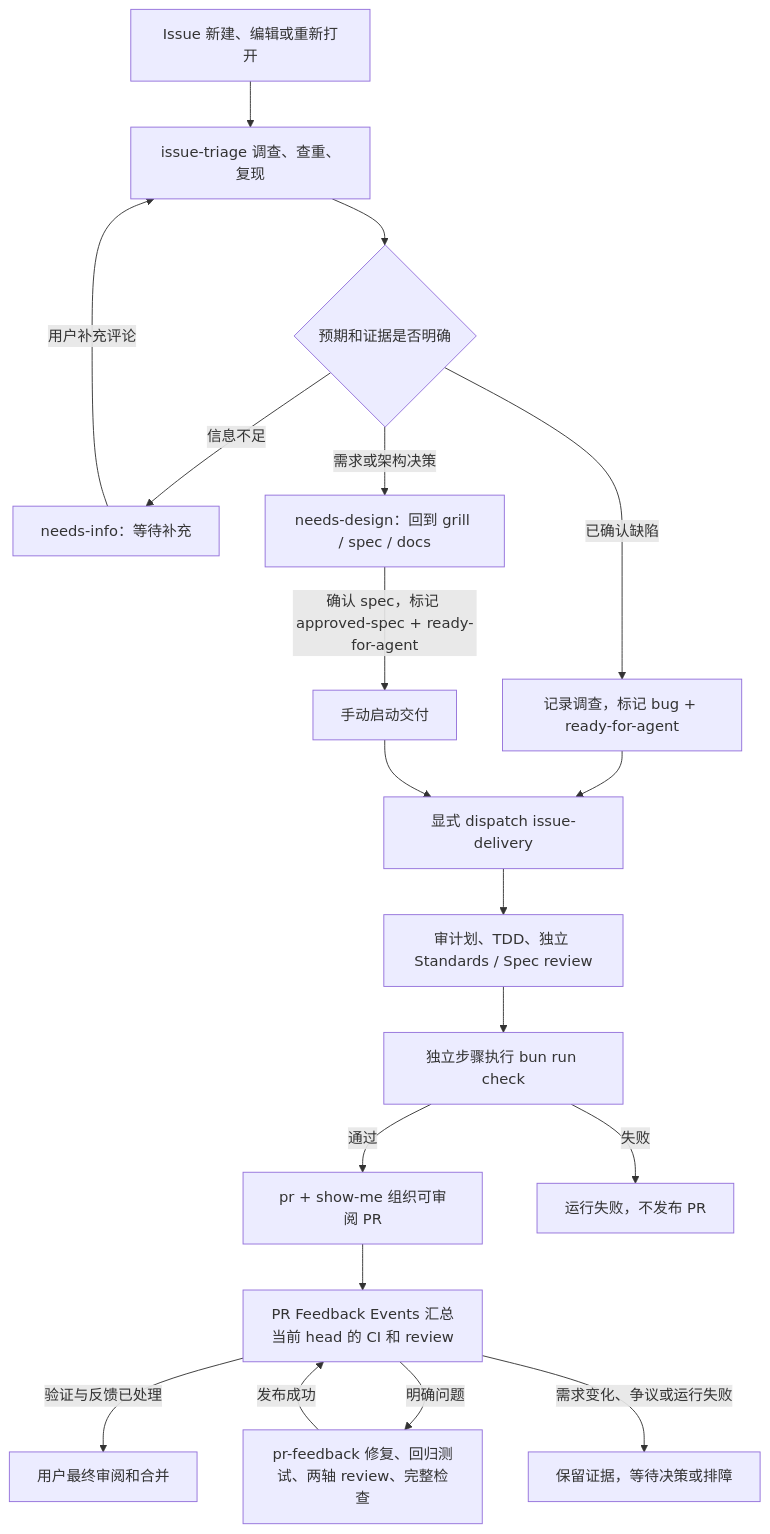
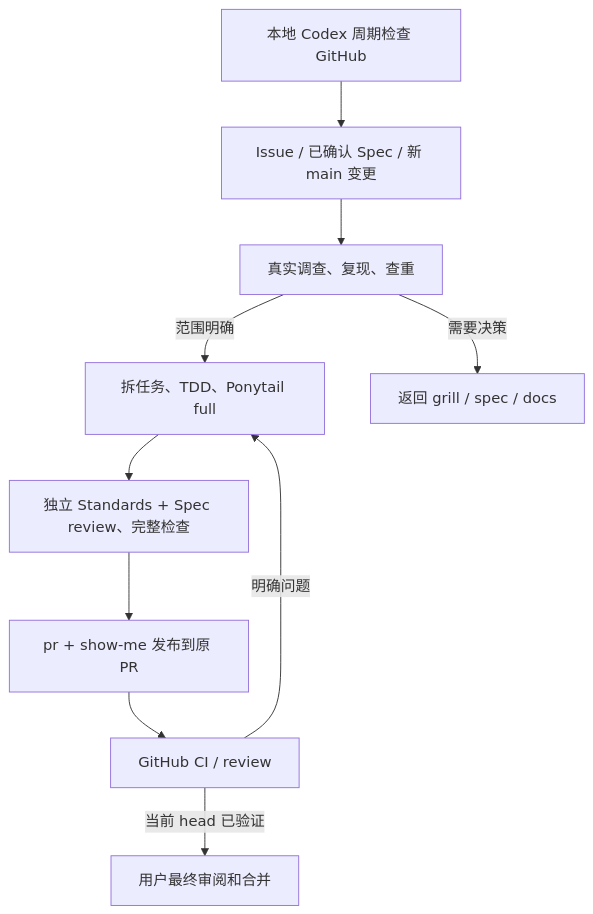
Before and after one commit to ZWkang/nodebraid: the diagram in docs/agents/agentic-workflows.md, drawn with Mermaid. The commit also changed other lines of this file and 23 other files, not shown here.

Commit message:
feat: run agent workflow with local subscription

````diff
--- a/docs/agents/agentic-workflows.md
+++ b/docs/agents/agentic-workflows.md
@@ -8,21 +8,12 @@
 ```mermaid
 flowchart TD
-  A[Issue 新建、编辑或重新打开] --> B[issue-triage 调查、查重、复现]
-  B --> C{预期和证据是否明确}
-  C -->|信息不足| D[needs-info：等待补充]
-  D -->|用户补充评论| B
-  C -->|需求或架构决策| E[needs-design：回到 grill / spec / docs]
-  C -->|已确认缺陷| F[记录调查，标记 bug + ready-for-agent]
-  F --> G[显式 dispatch issue-delivery]
-  E -->|确认 spec，标记 approved-spec + ready-for-agent| H[手动启动交付]
-  H --> G
-  G --> I[审计划、TDD、独立 Standards / Spec review]
-  I --> J[独立步骤执行 bun run check]
-  J -->|通过| K[pr + show-me 组织可审阅 PR]
-  J -->|失败| L[运行失败，不发布 PR]
-  K --> M[PR Feedback Events 汇总当前 head 的 CI 和 review]
-  M -->|明确问题| N[pr-feedback 修复、回归测试、两轴 review、完整检查]
-  N -->|发布成功| M
-  M -->|验证与反馈已处理| O[用户最终审阅和合并]
-  M -->|需求变化、争议或运行失败| P[保留证据，等待决策或排障]
+  A[本地 Codex 周期检查 GitHub] --> B[Issue / 已确认 Spec / 新 main 变更]
+  B --> C[真实调查、复现、查重]
+  C -->|范围明确| D[拆任务、TDD、Ponytail full]
+  C -->|需要决策| E[返回 grill / spec / docs]
+  D --> F[独立 Standards + Spec review、完整检查]
+  F --> G[pr + show-me 发布到原 PR]
+  G --> H[GitHub CI / review]
+  H -->|明确问题| D
+  H -->|当前 head 已验证| I[用户最终审阅和合并]
 ```
````
